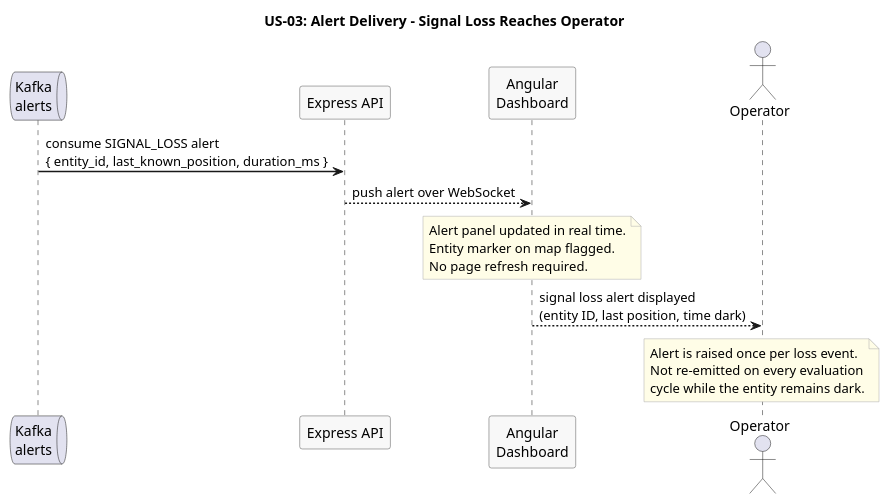
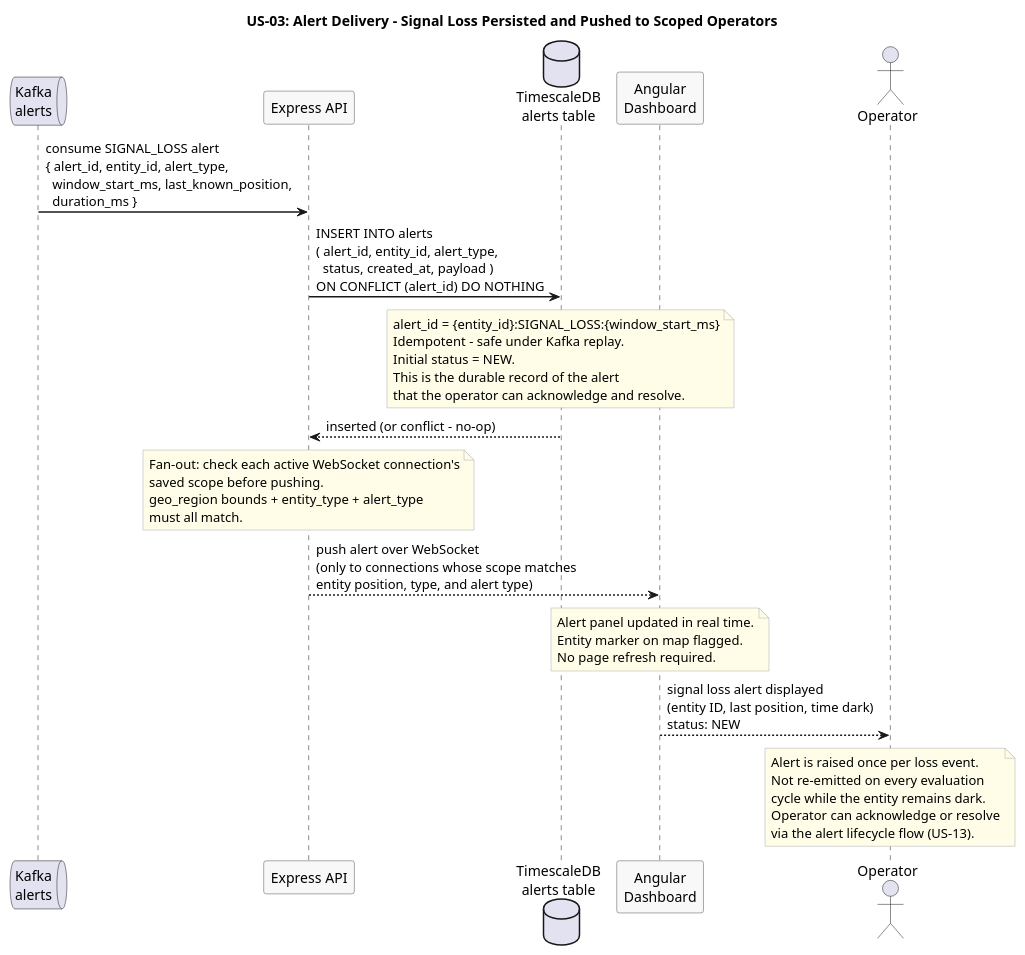
Before and after one commit to Buffden/sentinel: the diagram in docs/use-cases/US-03-signal-loss-alert/alert-delivery.puml, drawn with PlantUML. The commit also changed 13 other files, not shown here.

Commit message:
docs: sync existing use case diagrams with auth, alert table writes, and scope filtering

```diff
--- a/docs/use-cases/US-03-signal-loss-alert/alert-delivery.puml
+++ b/docs/use-cases/US-03-signal-loss-alert/alert-delivery.puml
@@ -1,33 +1,55 @@
 @startuml alert-delivery
-title US-03: Alert Delivery - Signal Loss Reaches Operator
+title US-03: Alert Delivery - Signal Loss Persisted and Pushed to Scoped Operators
 
 skinparam sequenceArrowThickness 1.5
 skinparam participantBorderColor #555555
 skinparam participantBackgroundColor #F8F8F8
 skinparam noteBorderColor #AAAAAA
 skinparam noteBackgroundColor #FFFDE7
 
 queue "Kafka\nalerts" as Kafka
 participant "Express API" as API
+database "TimescaleDB\nalerts table" as TSDB
 participant "Angular\nDashboard" as Dashboard
 actor Operator
 
-Kafka -> API : consume SIGNAL_LOSS alert\n{ entity_id, last_known_position, duration_ms }
+Kafka -> API : consume SIGNAL_LOSS alert\n{ alert_id, entity_id, alert_type,\n  window_start_ms, last_known_position,\n  duration_ms }
 
-API --> Dashboard : push alert over WebSocket
+API -> TSDB : INSERT INTO alerts\n( alert_id, entity_id, alert_type,\n  status, created_at, payload )\nON CONFLICT (alert_id) DO NOTHING
+
+note over TSDB
+  alert_id = {entity_id}:SIGNAL_LOSS:{window_start_ms}
+  Idempotent - safe under Kafka replay.
+  Initial status = NEW.
+  This is the durable record of the alert
+  that the operator can acknowledge and resolve.
+end note
+
+TSDB --> API : inserted (or conflict - no-op)
+
+note over API
+  Fan-out: check each active WebSocket connection's
+  saved scope before pushing.
+  geo_region bounds + entity_type + alert_type
+  must all match.
+end note
+
+API --> Dashboard : push alert over WebSocket\n(only to connections whose scope matches\nentity position, type, and alert type)
 
 note over Dashboard
   Alert panel updated in real time.
   Entity marker on map flagged.
   No page refresh required.
 end note
 
-Dashboard --> Operator : signal loss alert displayed\n(entity ID, last position, time dark)
+Dashboard --> Operator : signal loss alert displayed\n(entity ID, last position, time dark)\nstatus: NEW
 
 note over Operator
   Alert is raised once per loss event.
   Not re-emitted on every evaluation
   cycle while the entity remains dark.
+  Operator can acknowledge or resolve
+  via the alert lifecycle flow (US-13).
 end note
 
 @enduml
```
